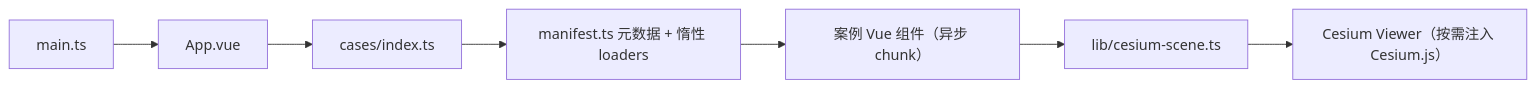
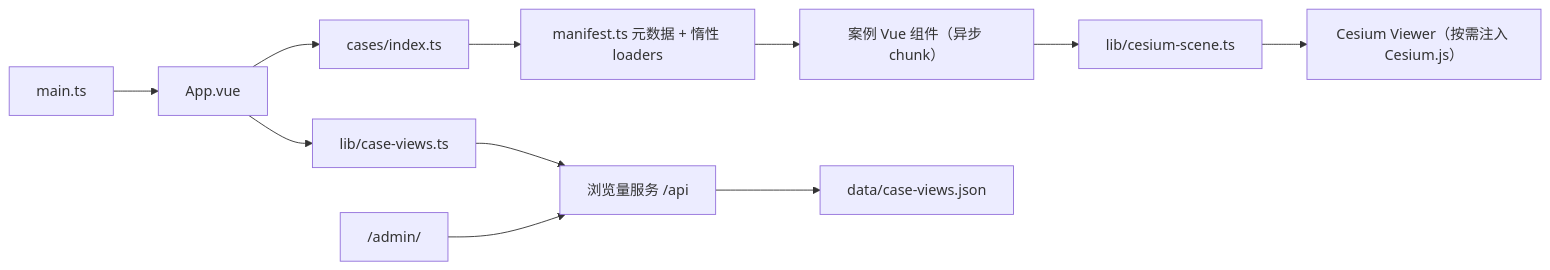
Before and after one commit to jianlei-wang/CESIUM-TREASURE-BOX: the diagram in .monkeycode/docs/ARCHITECTURE.md, drawn with Mermaid. The commit also changed other lines of this file and 28 other files, not shown here.

````diff
--- a/.monkeycode/docs/ARCHITECTURE.md
+++ b/.monkeycode/docs/ARCHITECTURE.md
@@ -23,9 +32,13 @@
 ```mermaid
 flowchart LR
     A["main.ts"] --> B["App.vue"]
     B --> C["cases/index.ts"]
     C --> D["manifest.ts 元数据 + 惰性 loaders"]
     D --> E["案例 Vue 组件（异步 chunk）"]
     E --> F["lib/cesium-scene.ts"]
     F --> G["Cesium Viewer（按需注入 Cesium.js）"]
+    B --> H["lib/case-views.ts"]
+    H --> I["浏览量服务 /api"]
+    I --> J["data/case-views.json"]
+    K["/admin/"] --> I
 ```
````
